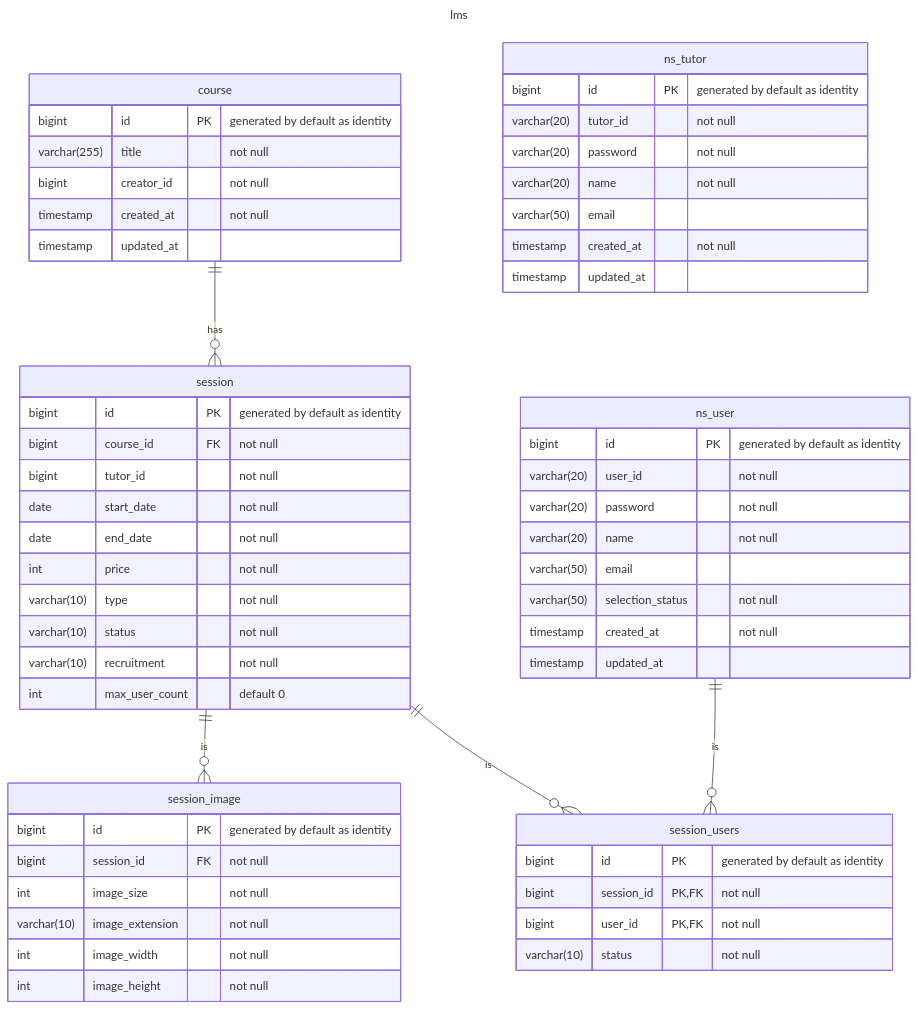
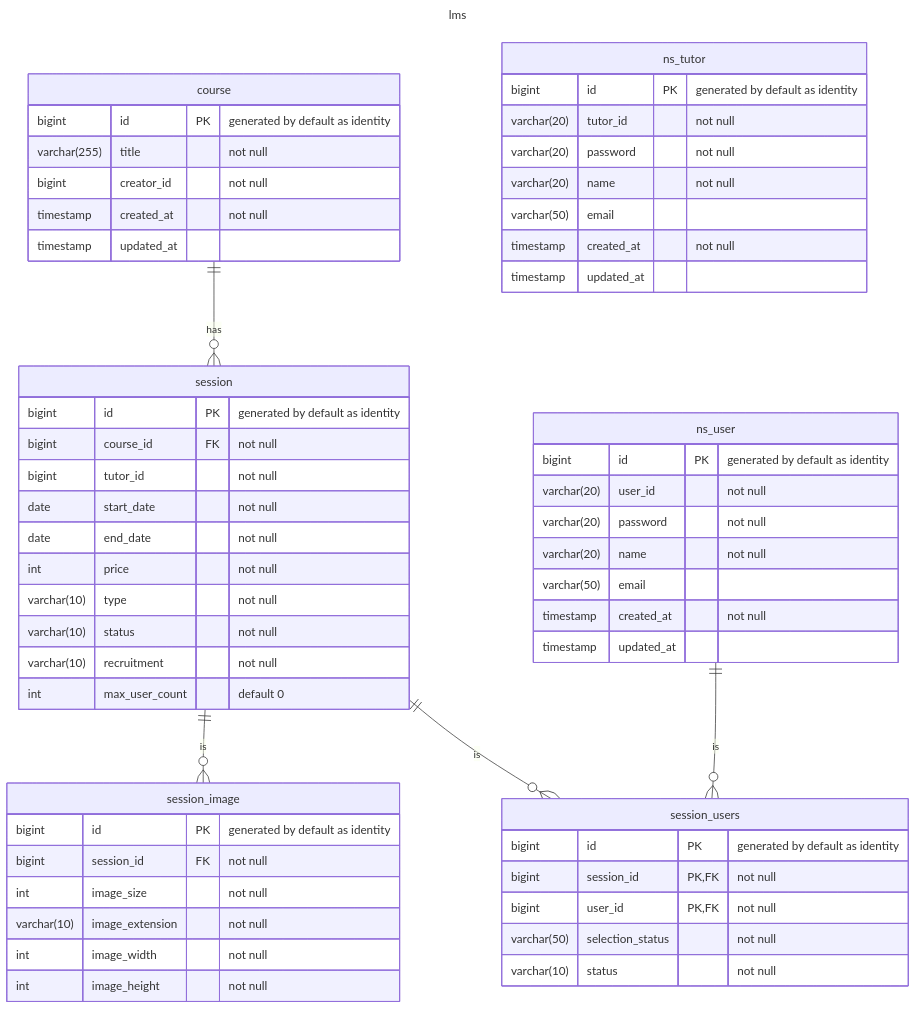
One commit to next-step/java-lms changed the diagram in README.md. Above: the diagram before and after it, drawn with Mermaid. The commit also changed other lines of this file and 25 other files, not shown here.

````diff
--- a/README.md
+++ b/README.md
@@ -85,62 +85,62 @@
 ```mermaid
 ---
 title: lms
 ---
 erDiagram
     course {
         bigint id PK "generated by default as identity"
         varchar(255) title "not null"
         bigint creator_id "not null"
         timestamp created_at "not null"
         timestamp updated_at
     }
     course ||--o{ session: has
     session_image {
         bigint id PK "generated by default as identity"
         bigint session_id FK "not null"
         int image_size "not null"
         varchar(10) image_extension "not null"
         int image_width "not null"
         int image_height "not null"
     }
     session ||--o{ session_image: is
     session {
         bigint id PK "generated by default as identity"
         bigint course_id FK "not null"
         bigint tutor_id "not null"
         date start_date "not null"
         date end_date "not null"
         int price "not null"
         varchar(10) type "not null"
         varchar(10) status "not null"
         varchar(10) recruitment "not null"
         int max_user_count "default 0"
     }
     session ||--o{ session_users: is
     session_users {
         bigint id PK "generated by default as identity"
         bigint session_id PK, FK "not null"
         bigint user_id PK, FK "not null"
+        varchar(50) selection_status "not null"
         varchar(10) status "not null"
     }
     ns_user ||--o{ session_users: is
     ns_user {
         bigint id PK "generated by default as identity"
         varchar(20) user_id "not null"
         varchar(20) password "not null"
         varchar(20) name "not null"
         varchar(50) email
-        varchar(50) selection_status "not null"
         timestamp created_at "not null"
         timestamp updated_at
     }
     ns_tutor {
         bigint id PK "generated by default as identity"
         varchar(20) tutor_id "not null"
         varchar(20) password "not null"
         varchar(20) name "not null"
         varchar(50) email
         timestamp created_at "not null"
         timestamp updated_at
     }
 ```
````
